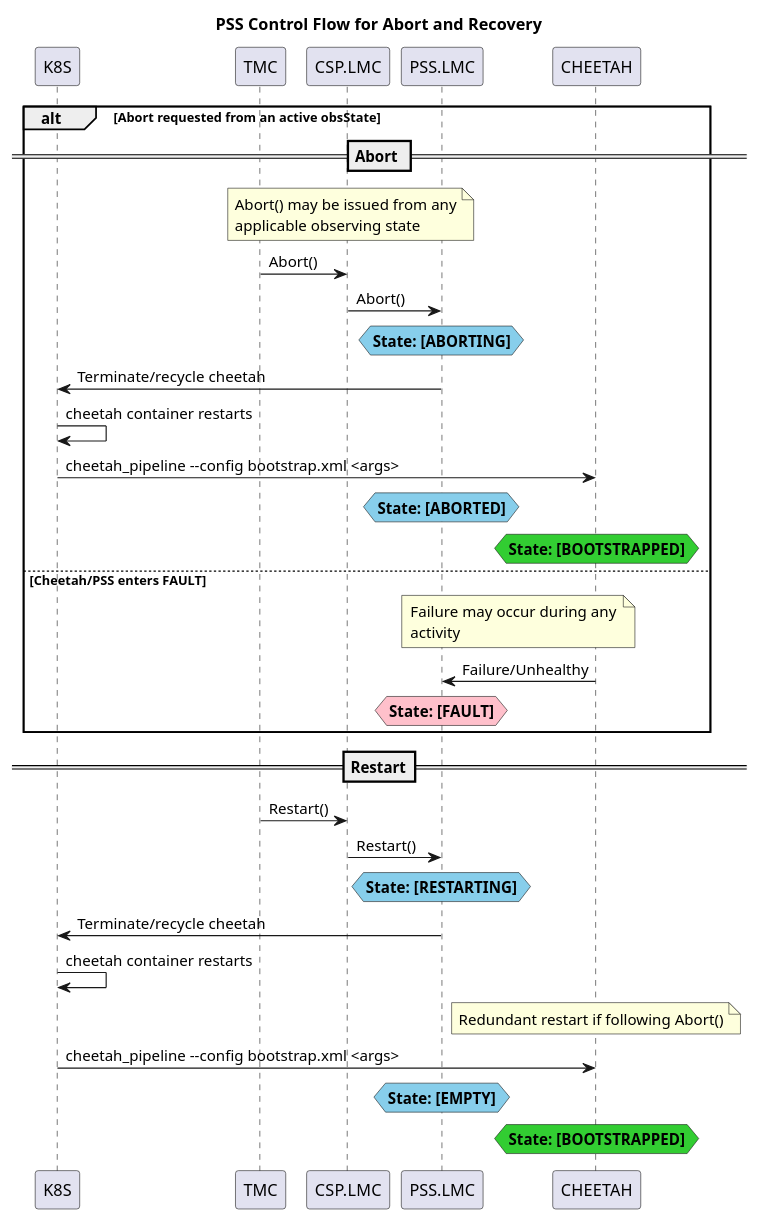
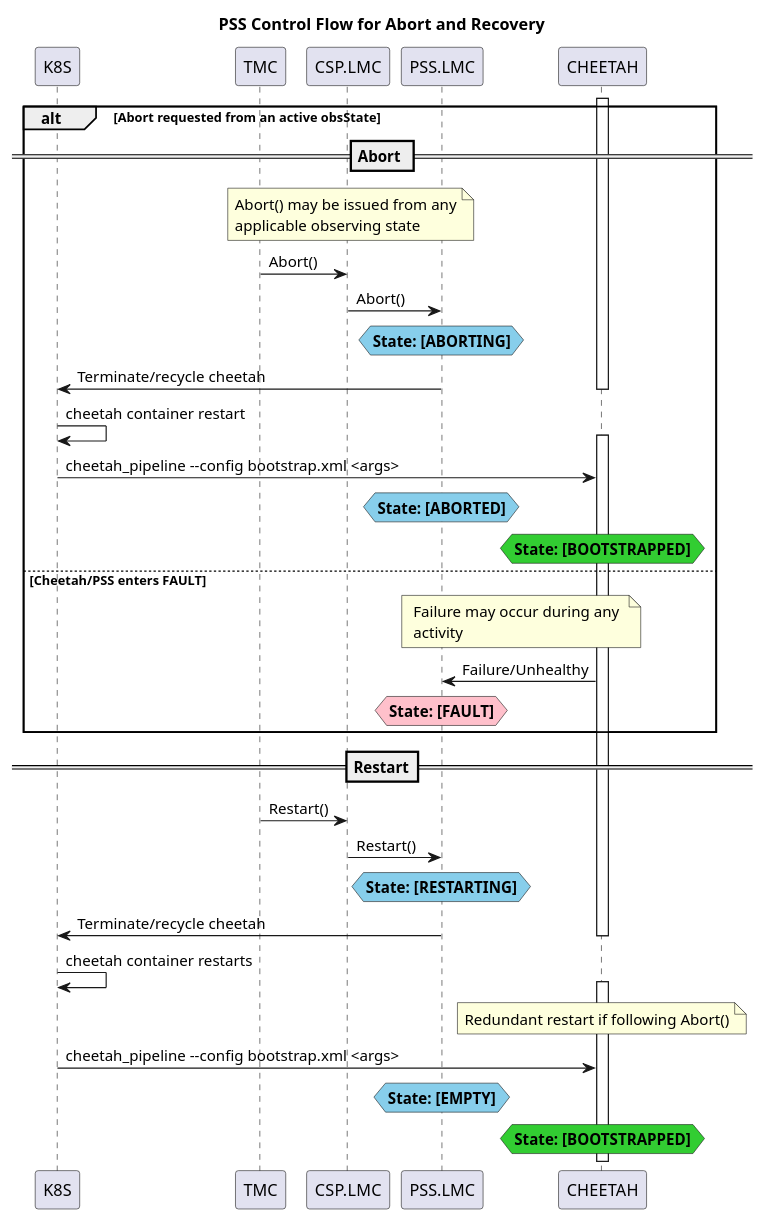
Before and after one commit to ska-telescope/ska-pss-supplementary-code: the diagram in cheetah-helm-charts/uml/abort_restart.puml, drawn with PlantUML. The commit also changed 2 other files, not shown here.

Commit message:
AT4-2371 - add cheetah activation bars

```diff
--- a/cheetah-helm-charts/uml/abort_restart.puml
+++ b/cheetah-helm-charts/uml/abort_restart.puml
@@ -1,54 +1,58 @@
 @startuml
 title PSS Control Flow for Abort and Recovery
 
 skinparam BoxPadding 10
 
 participant K8S as K8S
 participant TMC as TMC
 participant "CSP.LMC" as CSP
 participant "PSS.LMC" as PSS
 participant CHEETAH as CHEETAH
 
-
+activate CHEETAH
 alt Abort requested from an active obsState
     == Abort ==
     note over TMC,PSS
     Abort() may be issued from any
     applicable observing state
     end note
     TMC -> CSP: Abort()
     CSP -> PSS: Abort()
     hnote over PSS #SkyBlue : **State: [ABORTING]**
     PSS -> K8S: Terminate/recycle cheetah
-    K8S -> K8S: cheetah container restarts
+    deactivate CHEETAH
+    K8S -> K8S: cheetah container restart
+    activate CHEETAH
     K8S -> CHEETAH: cheetah_pipeline --config bootstrap.xml <args>
     hnote over PSS #SkyBlue : **State: [ABORTED]**
     hnote over CHEETAH #LimeGreen : **State: [BOOTSTRAPPED]**
 
 else Cheetah/PSS enters FAULT
     note over PSS,CHEETAH
     Failure may occur during any
     activity
     end note
     CHEETAH -> PSS: Failure/Unhealthy
     hnote over PSS #Pink : **State: [FAULT]**
 
 
 end
 
 ==Restart==
 TMC -> CSP: Restart()
 CSP -> PSS: Restart()
 hnote over PSS #SkyBlue : **State: [RESTARTING]**
 PSS -> K8S: Terminate/recycle cheetah
+deactivate CHEETAH
 K8S -> K8S: cheetah container restarts
+activate CHEETAH
 note over CHEETAH
 Redundant restart if following Abort()
 end note
 K8S -> CHEETAH: cheetah_pipeline --config bootstrap.xml <args>
 hnote over PSS #SkyBlue : **State: [EMPTY]**
 hnote over CHEETAH #LimeGreen : **State: [BOOTSTRAPPED]**
 
 
 
 @enduml
```
